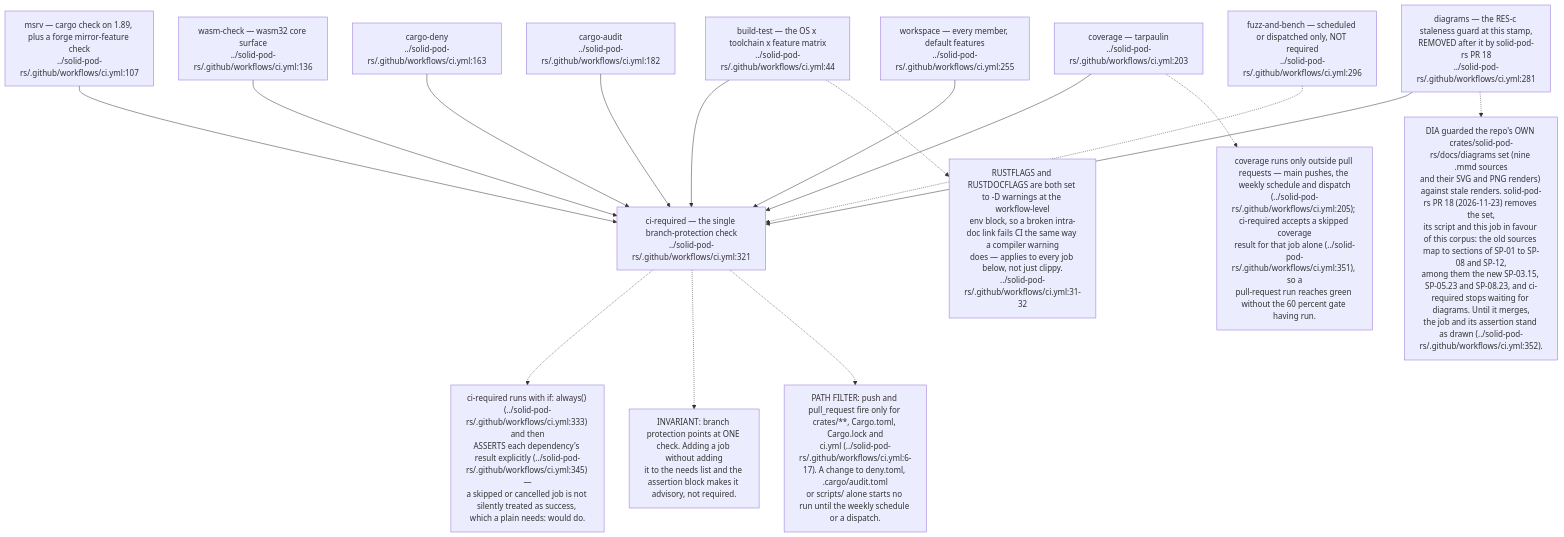
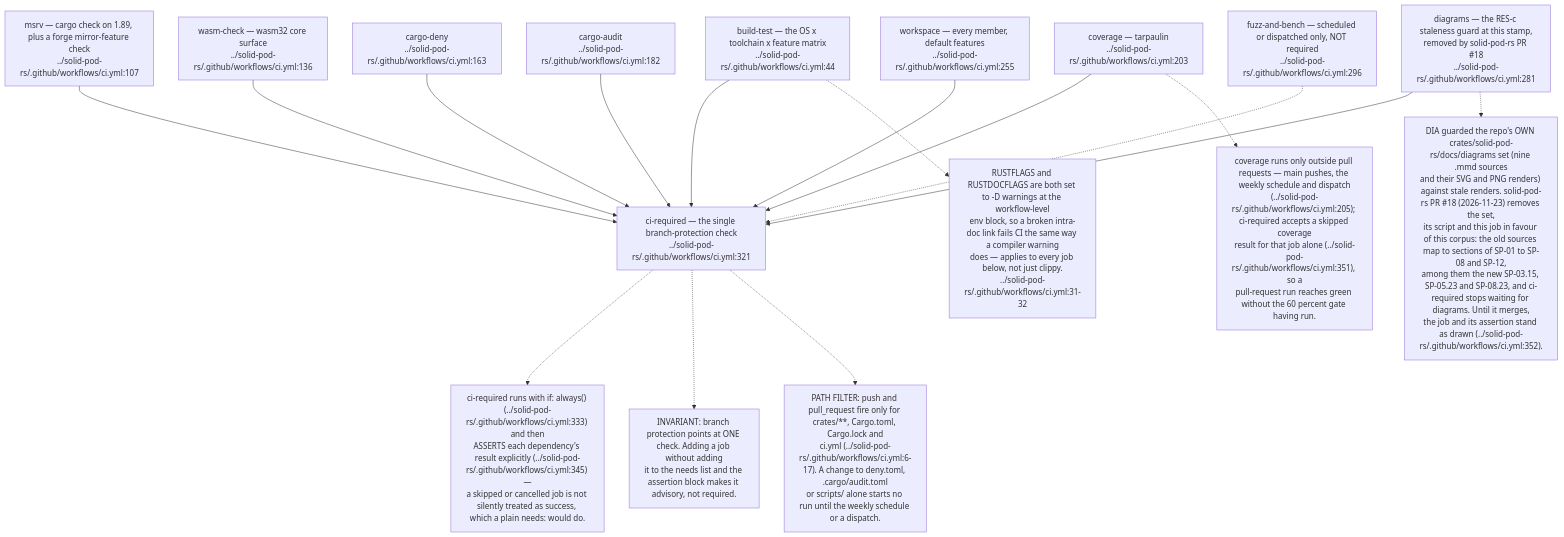
The first of 10 diagrams in docs/diagrams/solid-pod-rs/09-ci-release-and-consumer-pins.md (DreamLab-AI/VisionFlow), drawn with Mermaid before and after one commit. The commit also changed other lines of this file and 3 other files, not shown here.

First line of the commit message:
diagrams(solid-pod-rs): fix skeptic findings on the solid-pod-rs move

````diff
--- a/docs/diagrams/solid-pod-rs/09-ci-release-and-consumer-pins.md
+++ b/docs/diagrams/solid-pod-rs/09-ci-release-and-consumer-pins.md
@@ -50,36 +50,36 @@
 ```mermaid
 flowchart TD
     BT["build-test — the OS x toolchain x feature matrix<br/>../solid-pod-rs/.github/workflows/ci.yml:44"]
     MSRV["msrv — cargo check on 1.89, plus a forge mirror-feature check<br/>../solid-pod-rs/.github/workflows/ci.yml:107"]
     WASM["wasm-check — wasm32 core surface<br/>../solid-pod-rs/.github/workflows/ci.yml:136"]
     DENY["cargo-deny<br/>../solid-pod-rs/.github/workflows/ci.yml:163"]
     AUDIT["cargo-audit<br/>../solid-pod-rs/.github/workflows/ci.yml:182"]
     COV["coverage — tarpaulin<br/>../solid-pod-rs/.github/workflows/ci.yml:203"]
     WS["workspace — every member, default features<br/>../solid-pod-rs/.github/workflows/ci.yml:255"]
-    DIA["diagrams — the RES-c staleness guard at this stamp,<br/>REMOVED after it by solid-pod-rs PR 18<br/>../solid-pod-rs/.github/workflows/ci.yml:281"]
+    DIA["diagrams — the RES-c staleness guard at this stamp,<br/>removed by solid-pod-rs PR #18<br/>../solid-pod-rs/.github/workflows/ci.yml:281"]
     FZ["fuzz-and-bench — scheduled or dispatched only, NOT required<br/>../solid-pod-rs/.github/workflows/ci.yml:296"]
     REQ["ci-required — the single branch-protection check<br/>../solid-pod-rs/.github/workflows/ci.yml:321"]
 
     BT --> REQ
     MSRV --> REQ
     WASM --> REQ
     DENY --> REQ
     AUDIT --> REQ
     COV --> REQ
     WS --> REQ
     DIA --> REQ
     FZ -.-> REQ
 
     N["ci-required runs with if: always() (../solid-pod-rs/.github/workflows/ci.yml:333) and then<br/>ASSERTS each dependency's result explicitly (../solid-pod-rs/.github/workflows/ci.yml:345) —<br/>a skipped or cancelled job is not silently treated as success, which a plain needs: would do."]
     REQ -.-> N
     N2["INVARIANT: branch protection points at ONE check. Adding a job without adding<br/>it to the needs list and the assertion block makes it advisory, not required."]
     REQ -.-> N2
     N2B["coverage runs only outside pull requests — main pushes, the weekly schedule and dispatch<br/>(../solid-pod-rs/.github/workflows/ci.yml:205); ci-required accepts a skipped coverage<br/>result for that job alone (../solid-pod-rs/.github/workflows/ci.yml:351), so a<br/>pull-request run reaches green without the 60 percent gate having run."]
     COV -.-> N2B
     N3["RUSTFLAGS and RUSTDOCFLAGS are both set to -D warnings at the workflow-level<br/>env block, so a broken intra-doc link fails CI the same way a compiler warning<br/>does — applies to every job below, not just clippy.<br/>../solid-pod-rs/.github/workflows/ci.yml:31-32"]
     BT -.-> N3
-    N4["DIA guarded the repo's OWN crates/solid-pod-rs/docs/diagrams set (nine .mmd sources<br/>and their SVG and PNG renders) against stale renders. solid-pod-rs PR 18 (2026-11-23) removes the set,<br/>its script and this job in favour of this corpus: the old sources map to sections of SP-01 to SP-08 and SP-12,<br/>among them the new SP-03.15, SP-05.23 and SP-08.23, and ci-required stops waiting for diagrams. Until it merges,<br/>the job and its assertion stand as drawn (../solid-pod-rs/.github/workflows/ci.yml:352)."]
+    N4["DIA guarded the repo's OWN crates/solid-pod-rs/docs/diagrams set (nine .mmd sources<br/>and their SVG and PNG renders) against stale renders. solid-pod-rs PR #18 (2026-11-23) removes the set,<br/>its script and this job in favour of this corpus: the old sources map to sections of SP-01 to SP-08 and SP-12,<br/>among them the new SP-03.15, SP-05.23 and SP-08.23, and ci-required stops waiting for diagrams. Until it merges,<br/>the job and its assertion stand as drawn (../solid-pod-rs/.github/workflows/ci.yml:352)."]
     DIA -.-> N4
     N5["PATH FILTER: push and pull_request fire only for crates/**, Cargo.toml, Cargo.lock and<br/>ci.yml (../solid-pod-rs/.github/workflows/ci.yml:6-17). A change to deny.toml, .cargo/audit.toml<br/>or scripts/ alone starts no run until the weekly schedule or a dispatch."]
     REQ -.-> N5
 ```
````
